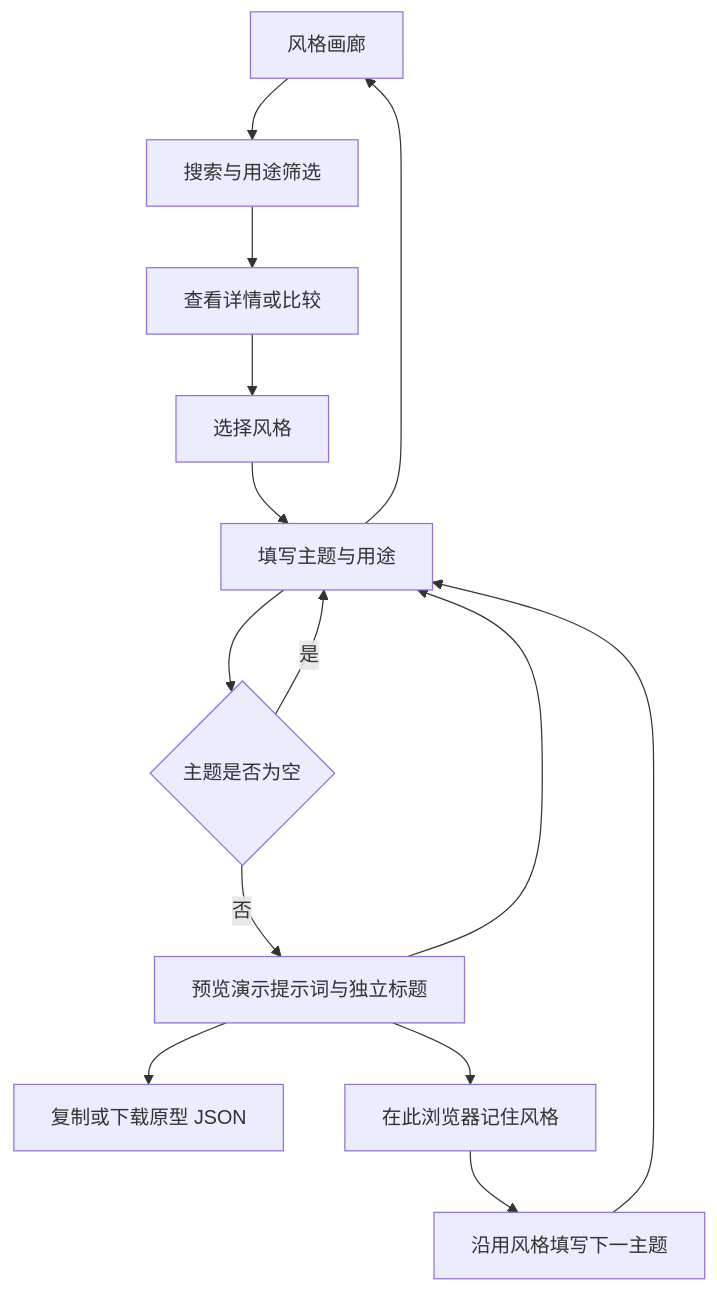
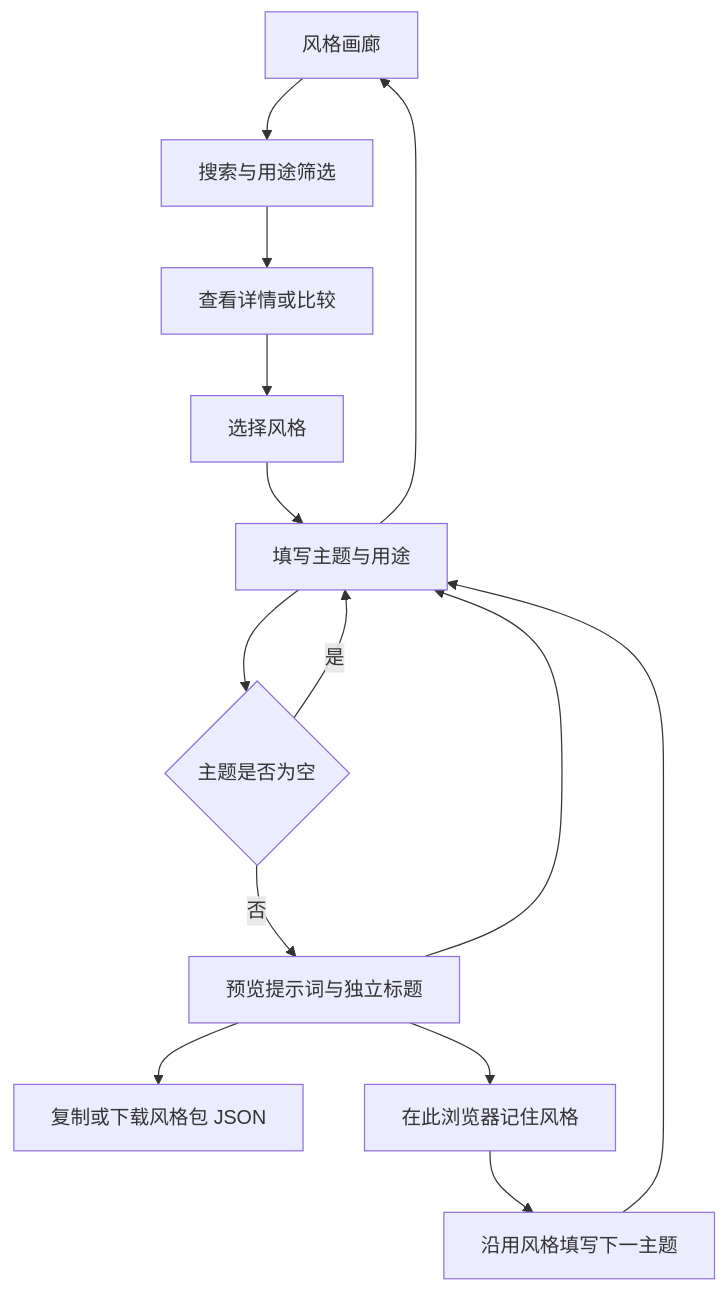
Before and after one commit to koi-lee/koi-stylekit: the diagram in docs/项目流程图.md, drawn with Mermaid. The commit also changed other lines of this file and 10 other files, not shown here.

````diff
--- a/docs/项目流程图.md
+++ b/docs/项目流程图.md
@@ -5,16 +5,16 @@
 ```mermaid
 flowchart TD
  A[风格画廊] --> B[搜索与用途筛选]
  B --> C[查看详情或比较]
  C --> D[选择风格]
  D --> E[填写主题与用途]
  E --> F{主题是否为空}
  F -->|是| E
- F -->|否| G[预览演示提示词与独立标题]
- G --> H[复制或下载原型 JSON]
+ F -->|否| G[预览提示词与独立标题]
+ G --> H[复制或下载风格包 JSON]
  G --> I[在此浏览器记住风格]
  I --> J[沿用风格填写下一主题]
  J --> E
  G --> E
  E --> A
 ```
````
